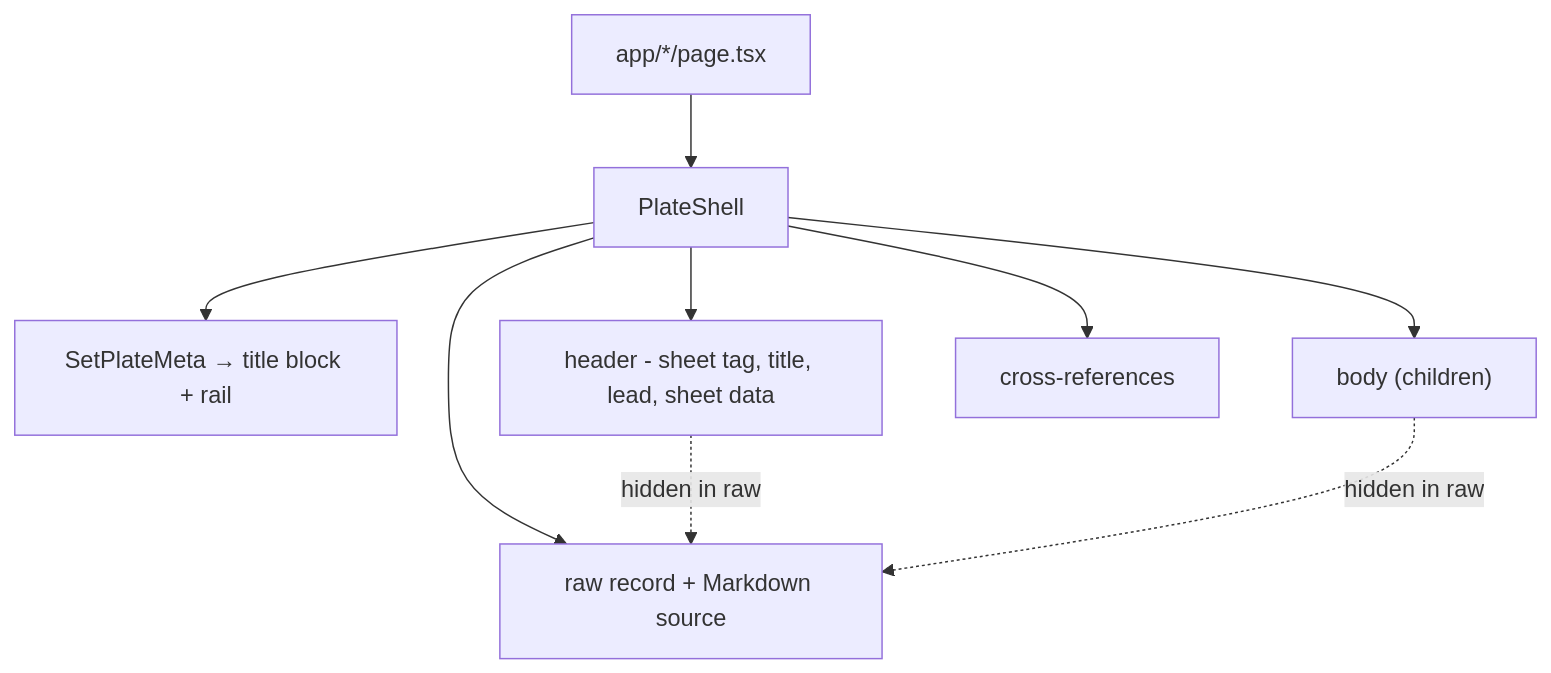
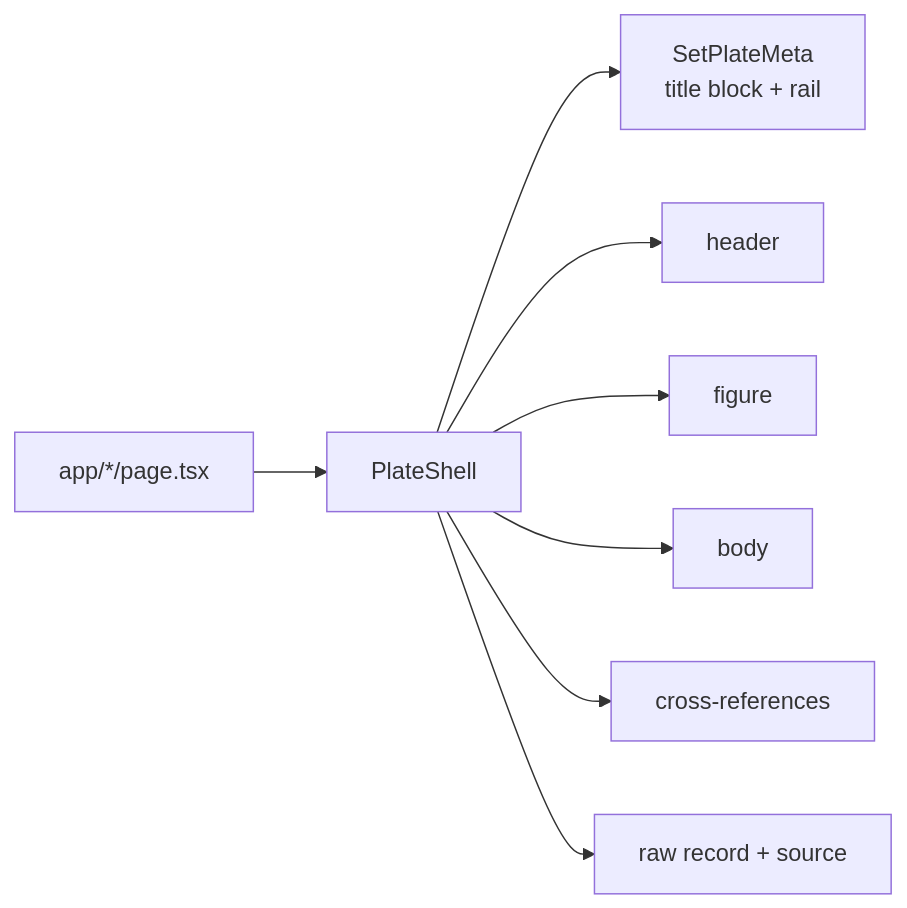
The fourth of 6 diagrams in README.md (ax5hay/akshaybajpai.com), drawn with Mermaid before and after one commit. The commit also changed other lines of this file and 25 other files, not shown here.

````diff
--- a/README.md
+++ b/README.md
@@ -426,11 +512,10 @@
 ```mermaid
-flowchart TD
+flowchart LR
   ROUTE["app/*/page.tsx"] --> SHELL["PlateShell"]
-  SHELL --> META["SetPlateMeta → title block + rail"]
-  SHELL --> HEAD["header - sheet tag, title, lead, sheet data"]
-  SHELL --> BODY["body (children)"]
+  SHELL --> META["SetPlateMeta<br/>title block + rail"]
+  SHELL --> HEAD["header"]
+  SHELL --> FIG["figure"]
+  SHELL --> BODY["body"]
   SHELL --> REFS["cross-references"]
-  SHELL --> RAW["raw record + Markdown source"]
-  HEAD -. hidden in raw .-> RAW
-  BODY -. hidden in raw .-> RAW
+  SHELL --> RAW["raw record + source"]
 ```
````
